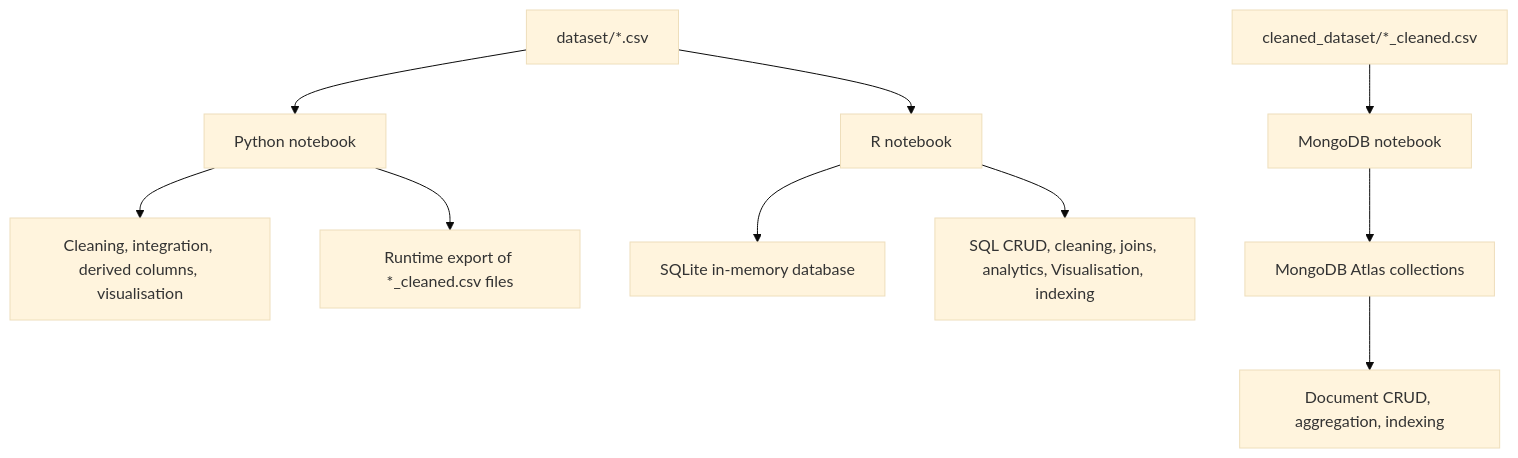
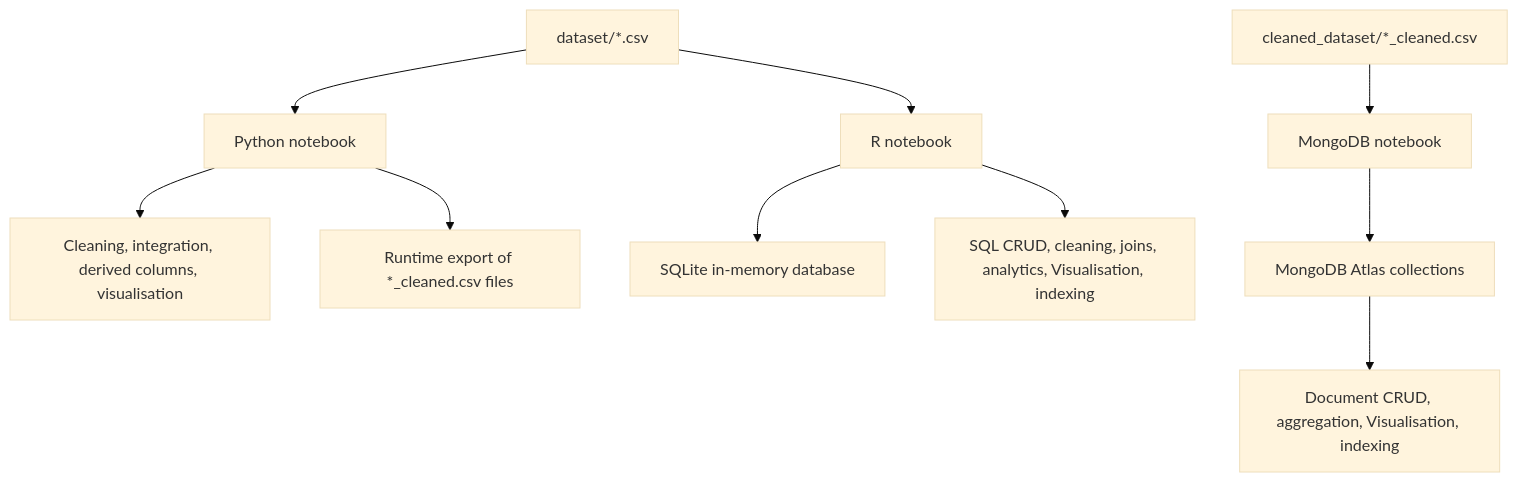
One commit to nomankaleemromane/NorthStar-DBA-Coursework changed the second of 3 diagrams in README.md. Above: the diagram before and after it, drawn with Mermaid (base theme).

````diff
--- a/README.md
+++ b/README.md
@@ -74,12 +74,12 @@
 ```mermaid
 flowchart TD
     A[dataset/*.csv] --> B[Python notebook]
     A --> C[R notebook]
     B --> D[Cleaning, integration, derived columns, visualisation]
     B --> E[Runtime export of *_cleaned.csv files]
     C --> F[SQLite in-memory database]
     C --> G[SQL CRUD, cleaning, joins, analytics, Visualisation, indexing]
     H[cleaned_dataset/*_cleaned.csv] --> I[MongoDB notebook]
     I --> J[MongoDB Atlas collections]
-    J --> K[Document CRUD, aggregation, indexing]
+    J --> K[Document CRUD, aggregation, Visualisation, indexing]
 ```
````
